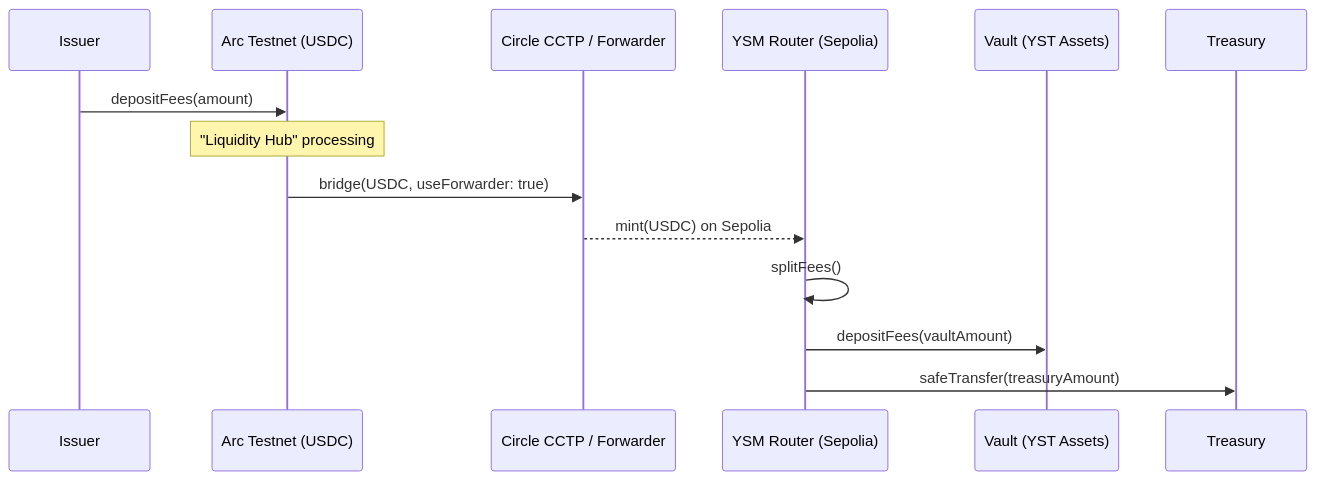
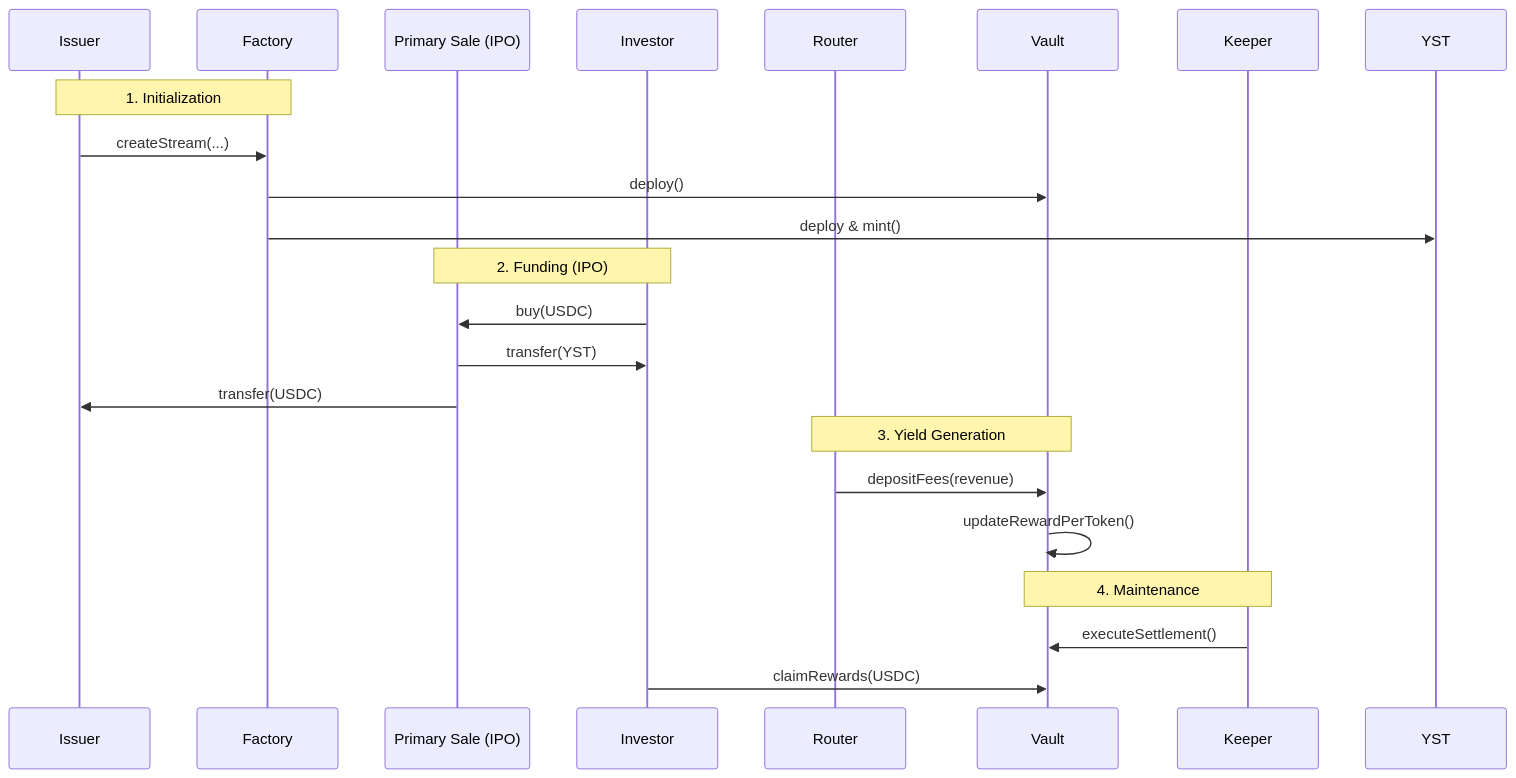
The second of 2 diagrams in README.md (Mariussgal/ETH-GLOBAL-CANNES-2026), drawn with Mermaid before and after one commit. The commit also changed other lines of this file, not shown here.

````diff
--- a/README.md
+++ b/README.md
@@ -74,16 +79,28 @@
 ```mermaid
 sequenceDiagram
     participant Issuer
-    participant Arc as Arc Testnet (USDC)
-    participant CCTP as Circle CCTP / Forwarder
-    participant Router as YSM Router (Sepolia)
-    participant Vault as Vault (YST Assets)
+    participant Factory
+    participant Primary as Primary Sale (IPO)
+    participant Investor
+    participant Router
+    participant Vault
+    participant Keeper
 
-    Issuer->>Arc: depositFees(amount)
-    Note over Arc: "Liquidity Hub" processing
-    Arc->>CCTP: bridge(USDC, useForwarder: true)
-    CCTP-->>Router: mint(USDC) on Sepolia
-    Router->>Router: splitFees()
-    Router->>Vault: depositFees(vaultAmount)
-    Router->>Treasury: safeTransfer(treasuryAmount)
+    Note over Issuer,Factory: 1. Initialization
+    Issuer->>Factory: createStream(...)
+    Factory->>Vault: deploy()
+    Factory->>YST: deploy & mint()
+
+    Note over Investor,Primary: 2. Funding (IPO)
+    Investor->>Primary: buy(USDC)
+    Primary->>Investor: transfer(YST)
+    Primary->>Issuer: transfer(USDC)
+
+    Note over Router,Vault: 3. Yield Generation
+    Router->>Vault: depositFees(revenue)
+    Vault->>Vault: updateRewardPerToken()
+
+    Note over Keeper,Vault: 4. Maintenance
+    Keeper->>Vault: executeSettlement()
+    Investor->>Vault: claimRewards(USDC)
 ```
````
